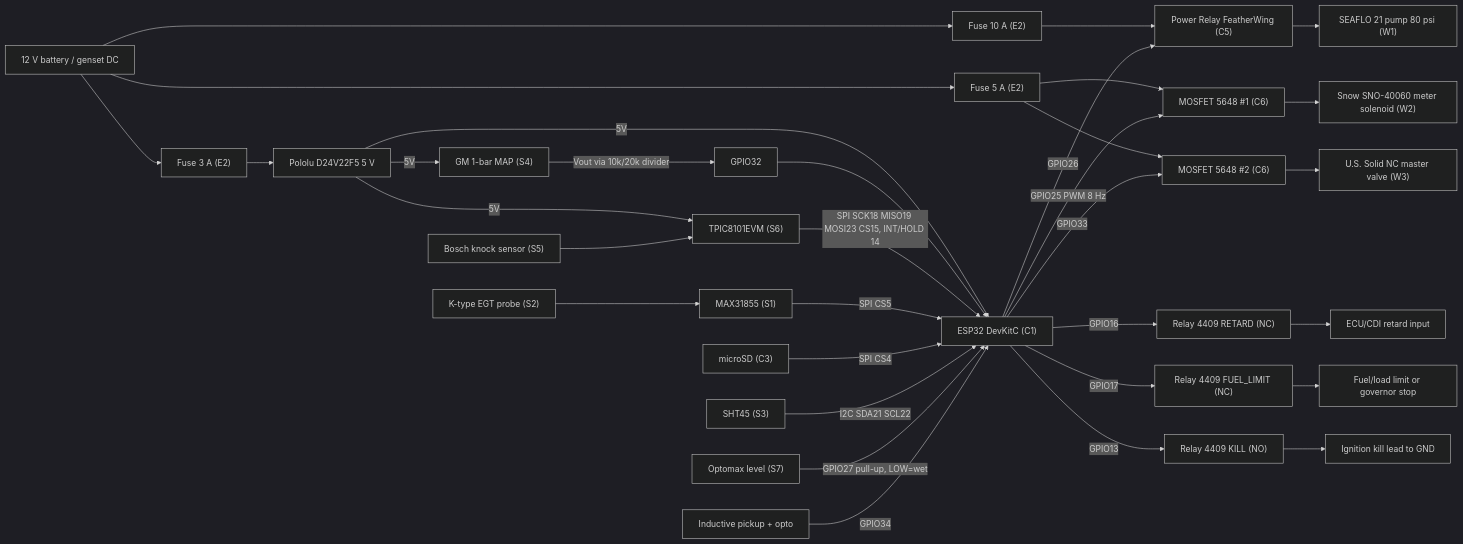
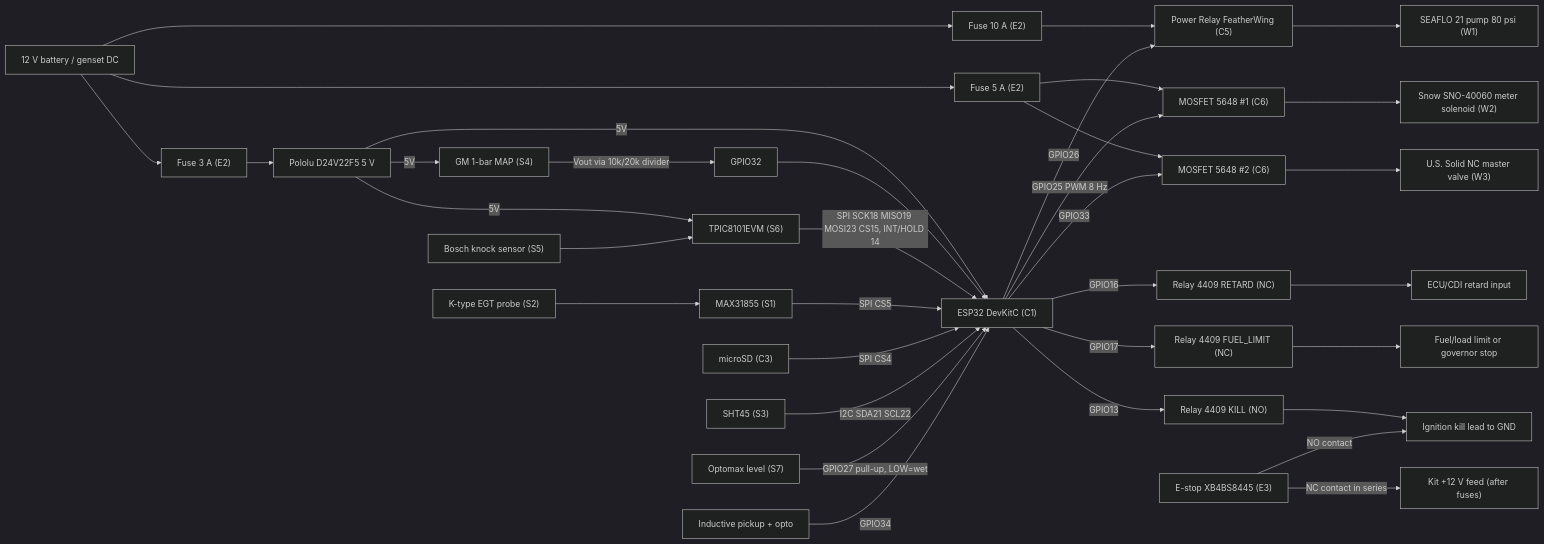
One commit to redwing509/water-engine changed the diagram in hardware/bolt-on-kit/WIRING.md. Above: the diagram before and after it, drawn with Mermaid (dark theme). The commit also changed other lines of this file and 5 other files, not shown here.

Commit message:
bolt-on-kit: hardwired E-stop (E3), KILL latch survives WDT/soft reset, drop dead failsafe branch (Claude review CL-1..CL-3)

````diff
--- a/hardware/bolt-on-kit/WIRING.md
+++ b/hardware/bolt-on-kit/WIRING.md
@@ -3,24 +3,26 @@
 ```mermaid
 flowchart LR
   BAT["12 V battery / genset DC"] --> F1["Fuse 3 A (E2)"] --> BUCK["Pololu D24V22F5 5 V"]
   BAT --> F2["Fuse 10 A (E2)"] --> PR["Power Relay FeatherWing (C5)"] --> PUMP["SEAFLO 21 pump 80 psi (W1)"]
   BAT --> F3["Fuse 5 A (E2)"] --> MOS1["MOSFET 5648 #1 (C6)"] --> SOL["Snow SNO-40060 meter solenoid (W2)"]
   F3 --> MOS2["MOSFET 5648 #2 (C6)"] --> NCV["U.S. Solid NC master valve (W3)"]
   BUCK -->|5V| ESP["ESP32 DevKitC (C1)"]
   BUCK -->|5V| MAP["GM 1-bar MAP (S4)"]
   BUCK -->|5V| TPIC["TPIC8101EVM (S6)"]
   ESP -->|GPIO26| PR
   ESP -->|GPIO25 PWM 8 Hz| MOS1
   ESP -->|GPIO33| MOS2
   ESP -->|GPIO16| R1["Relay 4409 RETARD (NC)"] --> ECU1["ECU/CDI retard input"]
   ESP -->|GPIO17| R2["Relay 4409 FUEL_LIMIT (NC)"] --> ECU2["Fuel/load limit or governor stop"]
   ESP -->|GPIO13| R3["Relay 4409 KILL (NO)"] --> KILL["Ignition kill lead to GND"]
+  ES["E-stop XB4BS8445 (E3)"] -->|NO contact| KILL
+  ES -->|NC contact in series| V12["Kit +12 V feed (after fuses)"]
   MAP -->|"Vout via 10k/20k divider"| A32["GPIO32"] --> ESP
   KS["Bosch knock sensor (S5)"] --> TPIC
   TPIC -->|"SPI SCK18 MISO19 MOSI23 CS15, INT/HOLD 14"| ESP
   TC["K-type EGT probe (S2)"] --> MAX["MAX31855 (S1)"] -->|"SPI CS5"| ESP
   SD["microSD (C3)"] -->|"SPI CS4"| ESP
   SHT["SHT45 (S3)"] -->|"I2C SDA21 SCL22"| ESP
   LVL["Optomax level (S7)"] -->|"GPIO27 pull-up, LOW=wet"| ESP
   IGN["Inductive pickup + opto"] -->|GPIO34| ESP
 ```
````
